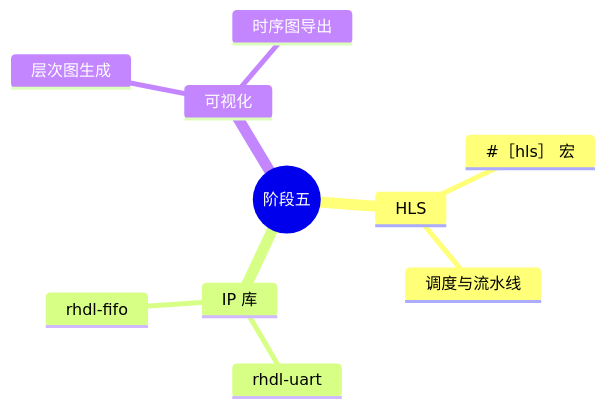
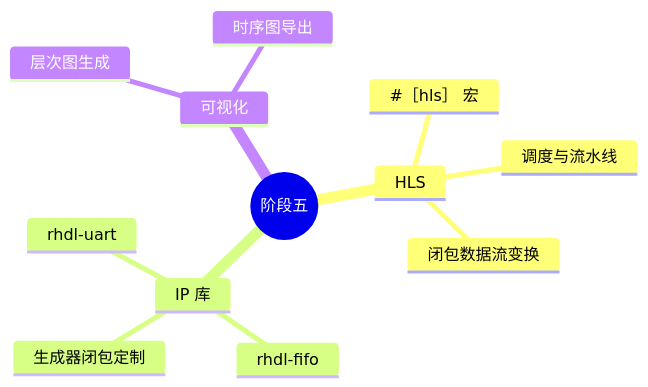
One commit to TangCan/bitloom changed the seventh of 11 diagrams in docs/requirements/19. 实施路线图.md. Above: the diagram before and after it, drawn with Mermaid. The commit also changed other lines of this file and 17 other files, not shown here.

````diff
--- a/docs/requirements/19. 实施路线图.md
+++ b/docs/requirements/19. 实施路线图.md
@@ -272,14 +230,15 @@
 ```mermaid
 mindmap
   root((阶段五))
     HLS
       #［hls］ 宏
       调度与流水线
+      闭包数据流变换
     IP 库
       rhdl-uart
       rhdl-fifo
+      生成器闭包定制
     可视化
       层次图生成
       时序图导出
-
 ```
````
